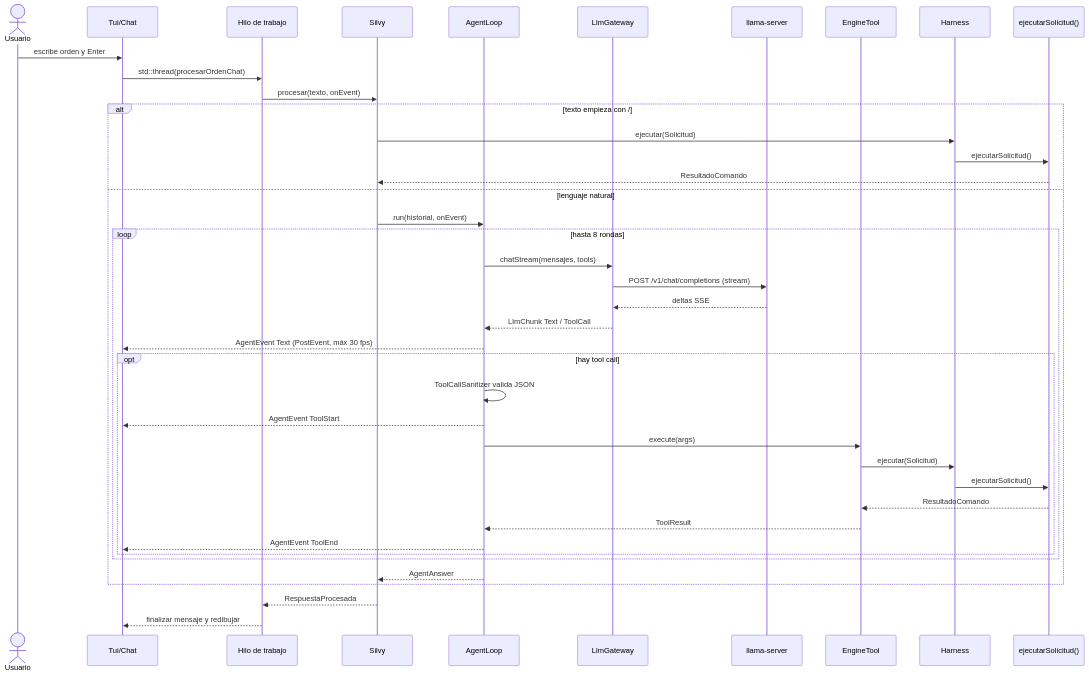
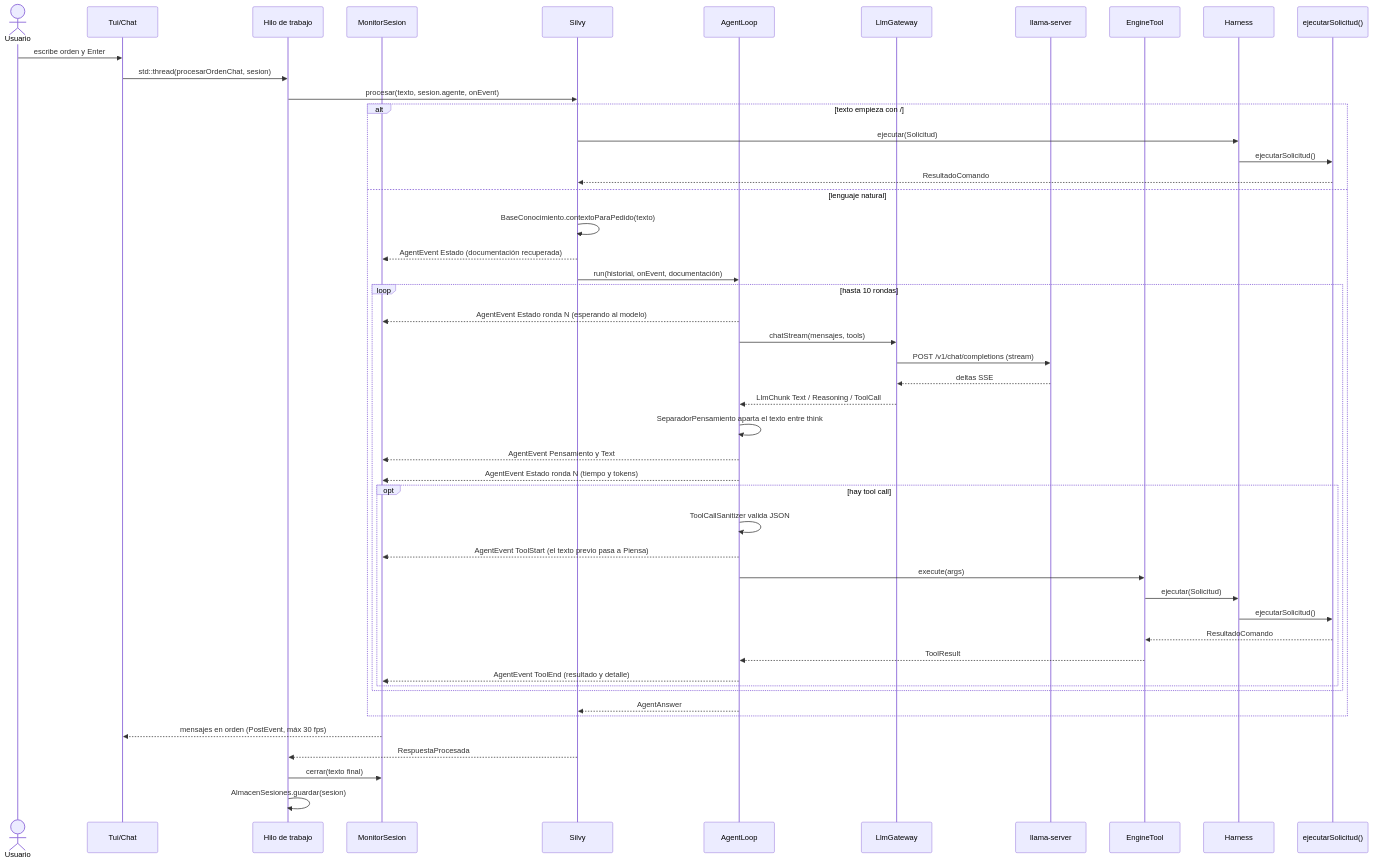
The fourth of 12 diagrams in doc/uml/ArquitecturaUML.es.md (FunshiEngine/FunshiEngineCLI), drawn with Mermaid before and after one commit. The commit also changed other lines of this file and 8 other files, not shown here.

First line of the commit message:
docs: sesiones, RAG, subagentes y monitoreo del agente

````diff
--- a/doc/uml/ArquitecturaUML.es.md
+++ b/doc/uml/ArquitecturaUML.es.md
@@ -154,44 +165,52 @@
 ```mermaid
 sequenceDiagram
     actor Usuario
     participant Chat as Tui/Chat
     participant Hilo as Hilo de trabajo
+    participant Mon as MonitorSesion
     participant Silvy
     participant Bucle as AgentLoop
     participant GW as LlmGateway
     participant Srv as llama-server
     participant Tool as EngineTool
     participant Harness
     participant Nucleo as ejecutarSolicitud()
 
     Usuario->>Chat: escribe orden y Enter
-    Chat->>Hilo: std::thread(procesarOrdenChat)
-    Hilo->>Silvy: procesar(texto, onEvent)
+    Chat->>Hilo: std::thread(procesarOrdenChat, sesion)
+    Hilo->>Silvy: procesar(texto, sesion.agente, onEvent)
     alt texto empieza con /
         Silvy->>Harness: ejecutar(Solicitud)
         Harness->>Nucleo: ejecutarSolicitud()
         Nucleo-->>Silvy: ResultadoComando
     else lenguaje natural
-        Silvy->>Bucle: run(historial, onEvent)
-        loop hasta 8 rondas
+        Silvy->>Silvy: BaseConocimiento.contextoParaPedido(texto)
+        Silvy-->>Mon: AgentEvent Estado (documentación recuperada)
+        Silvy->>Bucle: run(historial, onEvent, documentación)
+        loop hasta 10 rondas
+            Bucle-->>Mon: AgentEvent Estado ronda N (esperando al modelo)
             Bucle->>GW: chatStream(mensajes, tools)
             GW->>Srv: POST /v1/chat/completions (stream)
             Srv-->>GW: deltas SSE
-            GW-->>Bucle: LlmChunk Text / ToolCall
-            Bucle-->>Chat: AgentEvent Text (PostEvent, máx 30 fps)
+            GW-->>Bucle: LlmChunk Text / Reasoning / ToolCall
+            Bucle->>Bucle: SeparadorPensamiento aparta el texto entre think
+            Bucle-->>Mon: AgentEvent Pensamiento y Text
+            Bucle-->>Mon: AgentEvent Estado ronda N (tiempo y tokens)
             opt hay tool call
                 Bucle->>Bucle: ToolCallSanitizer valida JSON
-                Bucle-->>Chat: AgentEvent ToolStart
+                Bucle-->>Mon: AgentEvent ToolStart (el texto previo pasa a Piensa)
                 Bucle->>Tool: execute(args)
                 Tool->>Harness: ejecutar(Solicitud)
                 Harness->>Nucleo: ejecutarSolicitud()
                 Nucleo-->>Tool: ResultadoComando
                 Tool-->>Bucle: ToolResult
-                Bucle-->>Chat: AgentEvent ToolEnd
+                Bucle-->>Mon: AgentEvent ToolEnd (resultado y detalle)
             end
         end
         Bucle-->>Silvy: AgentAnswer
     end
+    Mon-->>Chat: mensajes en orden (PostEvent, máx 30 fps)
     Silvy-->>Hilo: RespuestaProcesada
-    Hilo-->>Chat: finalizar mensaje y redibujar
+    Hilo->>Mon: cerrar(texto final)
+    Hilo->>Hilo: AlmacenSesiones.guardar(sesion)
 ```
````
